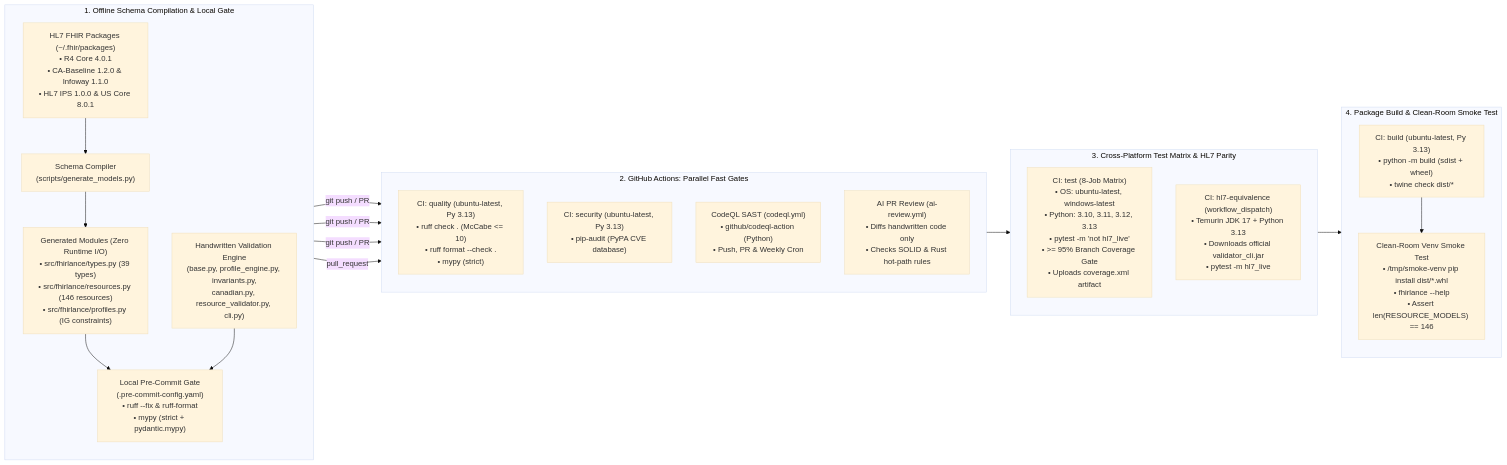
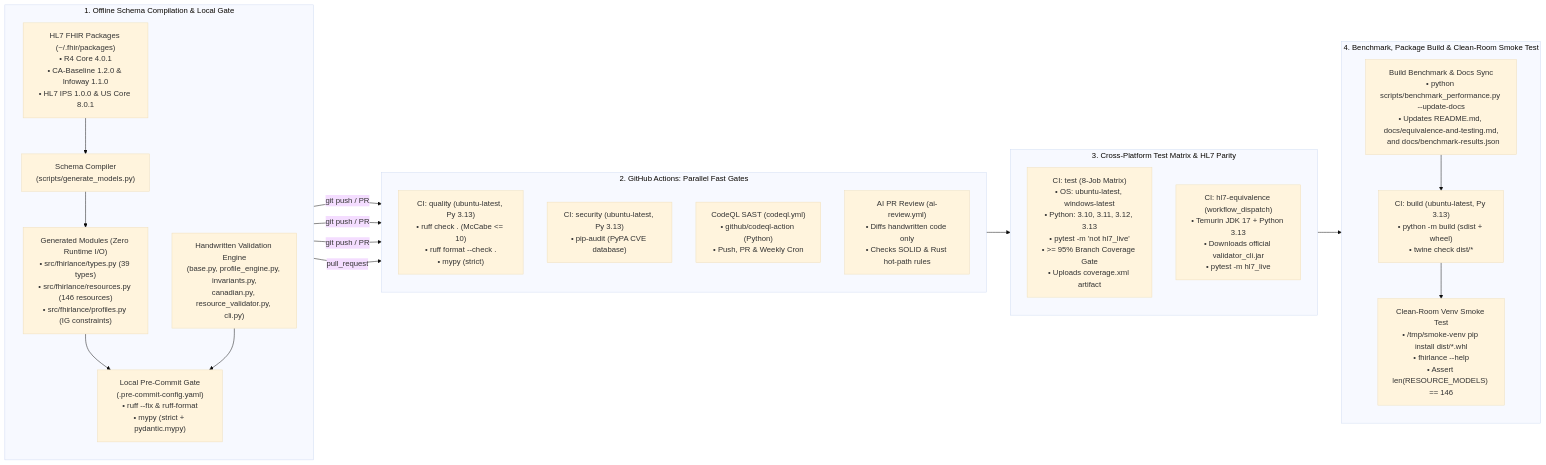
Before and after one commit to damsonaldson/FHIRlance: the diagram in docs/ci-and-build.md, drawn with Mermaid (base theme). The commit also changed other lines of this file and 20 other files, not shown here.

````diff
--- a/docs/ci-and-build.md
+++ b/docs/ci-and-build.md
@@ -11,42 +11,43 @@
 ```mermaid
 flowchart LR
     subgraph Phase1["1. Offline Schema Compilation & Local Gate"]
         direction TB
         PKGS["HL7 FHIR Packages (~/.fhir/packages)<br/>• R4 Core 4.0.1<br/>• CA-Baseline 1.2.0 & Infoway 1.1.0<br/>• HL7 IPS 1.0.0 & US Core 8.0.1"]
         CODEGEN["Schema Compiler<br/>(scripts/generate_models.py)"]
         GEN["Generated Modules (Zero Runtime I/O)<br/>• src/fhirlance/types.py (39 types)<br/>• src/fhirlance/resources.py (146 resources)<br/>• src/fhirlance/profiles.py (IG constraints)"]
         CORE["Handwritten Validation Engine<br/>(base.py, profile_engine.py, invariants.py,<br/>canadian.py, resource_validator.py, cli.py)"]
         PRE["Local Pre-Commit Gate<br/>(.pre-commit-config.yaml)<br/>• ruff --fix & ruff-format<br/>• mypy (strict + pydantic.mypy)"]
 
         PKGS --> CODEGEN --> GEN --> PRE
         CORE --> PRE
     end
 
     subgraph Phase2["2. GitHub Actions: Parallel Fast Gates"]
         direction TB
         QUAL["CI: quality (ubuntu-latest, Py 3.13)<br/>• ruff check . (McCabe <= 10)<br/>• ruff format --check .<br/>• mypy (strict)"]
         SEC["CI: security (ubuntu-latest, Py 3.13)<br/>• pip-audit (PyPA CVE database)"]
         CODEQL["CodeQL SAST (codeql.yml)<br/>• github/codeql-action (Python)<br/>• Push, PR & Weekly Cron"]
         AIREVIEW["AI PR Review (ai-review.yml)<br/>• Diffs handwritten code only<br/>• Checks SOLID & Rust hot-path rules"]
     end
 
     subgraph Phase3["3. Cross-Platform Test Matrix & HL7 Parity"]
         direction TB
         MATRIX["CI: test (8-Job Matrix)<br/>• OS: ubuntu-latest, windows-latest<br/>• Python: 3.10, 3.11, 3.12, 3.13<br/>• pytest -m 'not hl7_live'<br/>• >= 95% Branch Coverage Gate<br/>• Uploads coverage.xml artifact"]
         HL7["CI: hl7-equivalence (workflow_dispatch)<br/>• Temurin JDK 17 + Python 3.13<br/>• Downloads official validator_cli.jar<br/>• pytest -m hl7_live"]
     end
 
-    subgraph Phase4["4. Package Build & Clean-Room Smoke Test"]
+    subgraph Phase4["4. Benchmark, Package Build & Clean-Room Smoke Test"]
         direction TB
+        BENCH["Build Benchmark & Docs Sync<br/>• python scripts/benchmark_performance.py --update-docs<br/>• Updates README.md, docs/equivalence-and-testing.md,<br/>  and docs/benchmark-results.json"]
         BUILD["CI: build (ubuntu-latest, Py 3.13)<br/>• python -m build (sdist + wheel)<br/>• twine check dist/*"]
         SMOKE["Clean-Room Venv Smoke Test<br/>• /tmp/smoke-venv pip install dist/*.whl<br/>• fhirlance --help<br/>• Assert len(RESOURCE_MODELS) == 146"]
-        BUILD --> SMOKE
+        BENCH --> BUILD --> SMOKE
     end
 
     PRE -->|"git push / PR"| QUAL
     PRE -->|"git push / PR"| SEC
     PRE -->|"git push / PR"| CODEQL
     PRE -->|"pull_request"| AIREVIEW
     QUAL --> MATRIX
     MATRIX --> BUILD
 ```
````
